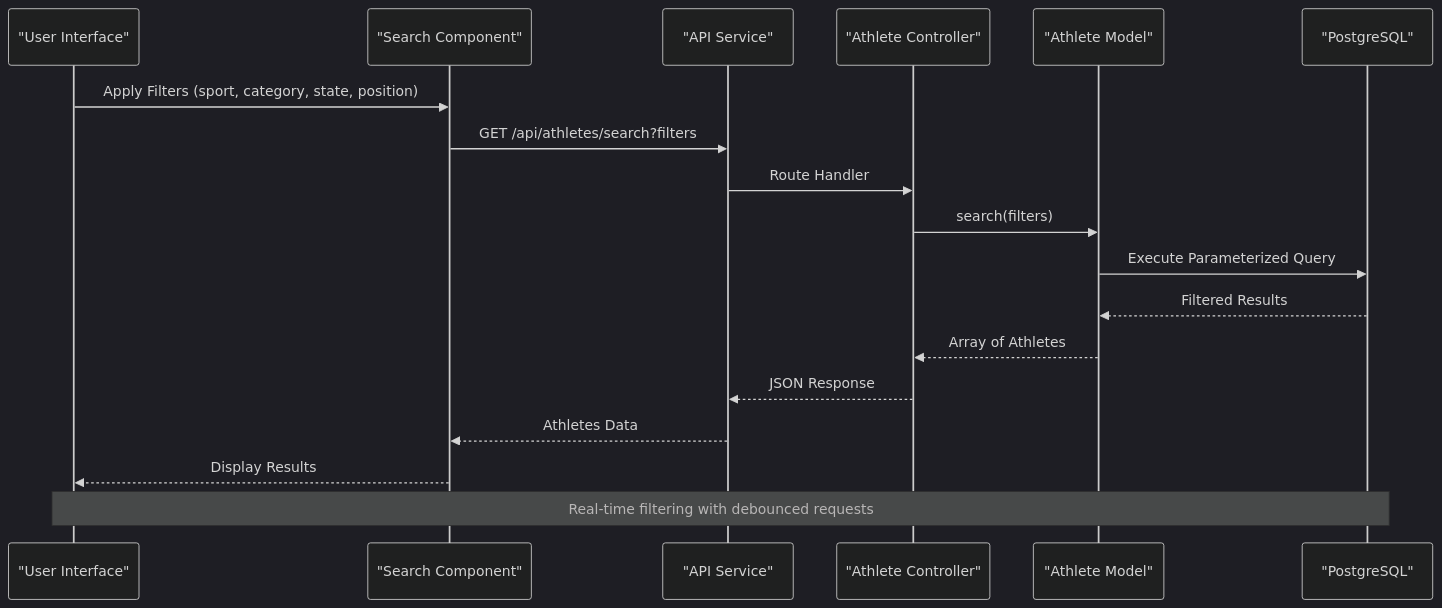
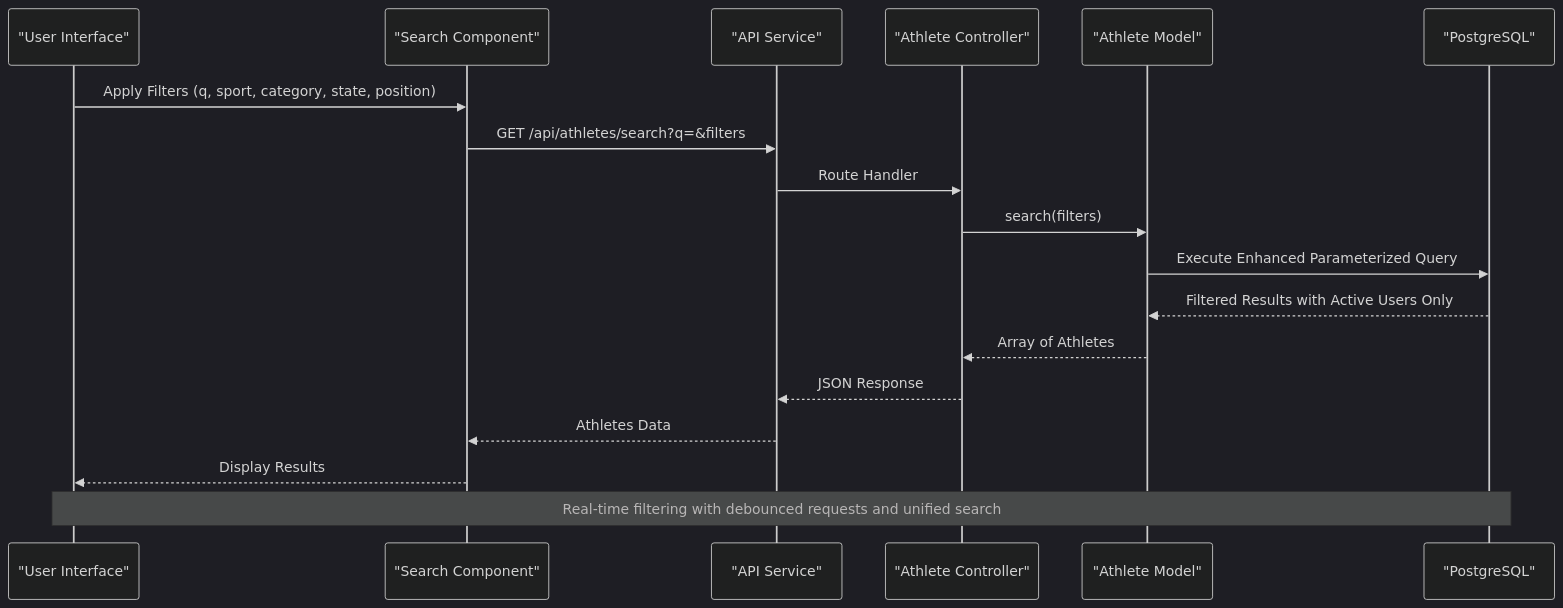
The fifth of 6 diagrams in .qoder/repowiki/en/content/Database Design/Data Models/Athlete Model.md (Alexandrexicara/craque-vision), drawn with Mermaid (dark theme) before and after one commit. The commit also changed other lines of this file and 5 other files, not shown here.

````diff
--- a/.qoder/repowiki/en/content/Database Design/Data Models/Athlete Model.md
+++ b/.qoder/repowiki/en/content/Database Design/Data Models/Athlete Model.md
@@ -352,20 +369,20 @@
 ```mermaid
 sequenceDiagram
 participant User as "User Interface"
 participant Search as "Search Component"
 participant API as "API Service"
 participant Backend as "Athlete Controller"
 participant Model as "Athlete Model"
 participant Database as "PostgreSQL"
-User->>Search : Apply Filters (sport, category, state, position)
-Search->>API : GET /api/athletes/search?filters
+User->>Search : Apply Filters (q, sport, category, state, position)
+Search->>API : GET /api/athletes/search?q=&filters
 API->>Backend : Route Handler
 Backend->>Model : search(filters)
-Model->>Database : Execute Parameterized Query
-Database-->>Model : Filtered Results
+Model->>Database : Execute Enhanced Parameterized Query
+Database-->>Model : Filtered Results with Active Users Only
 Model-->>Backend : Array of Athletes
 Backend-->>API : JSON Response
 API-->>Search : Athletes Data
 Search-->>User : Display Results
-Note over User,Database : Real-time filtering with debounced requests
+Note over User,Database : Real-time filtering with debounced requests and unified search
 ```
````
